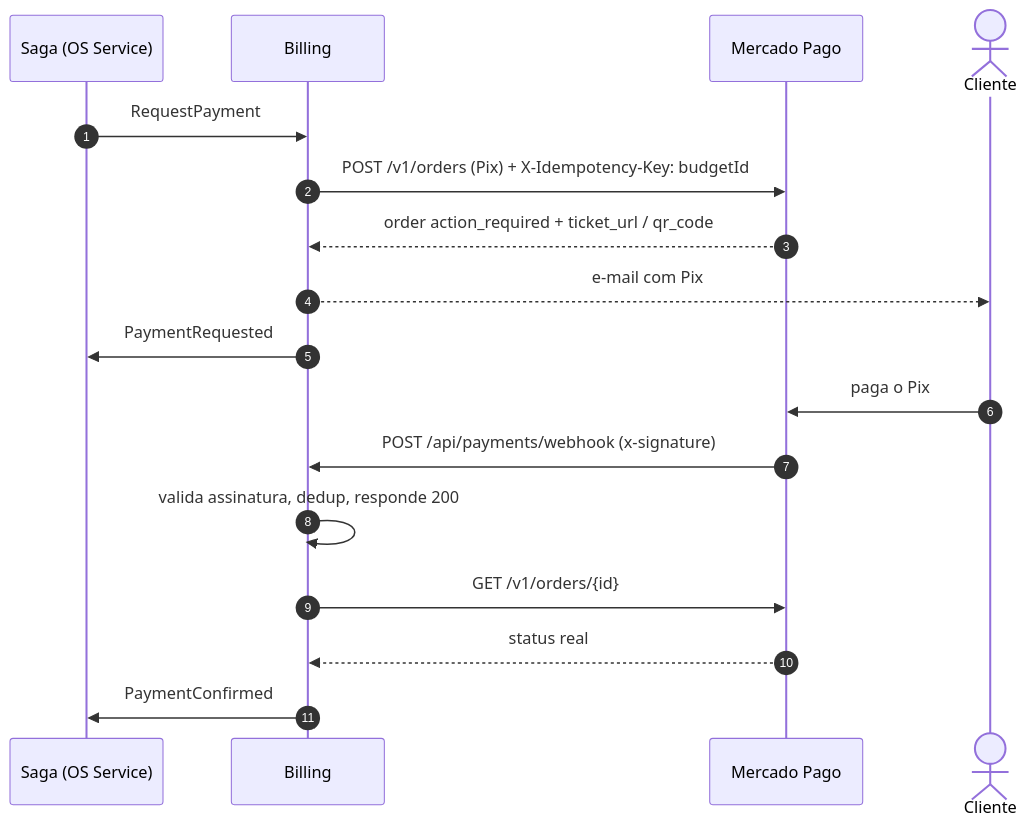
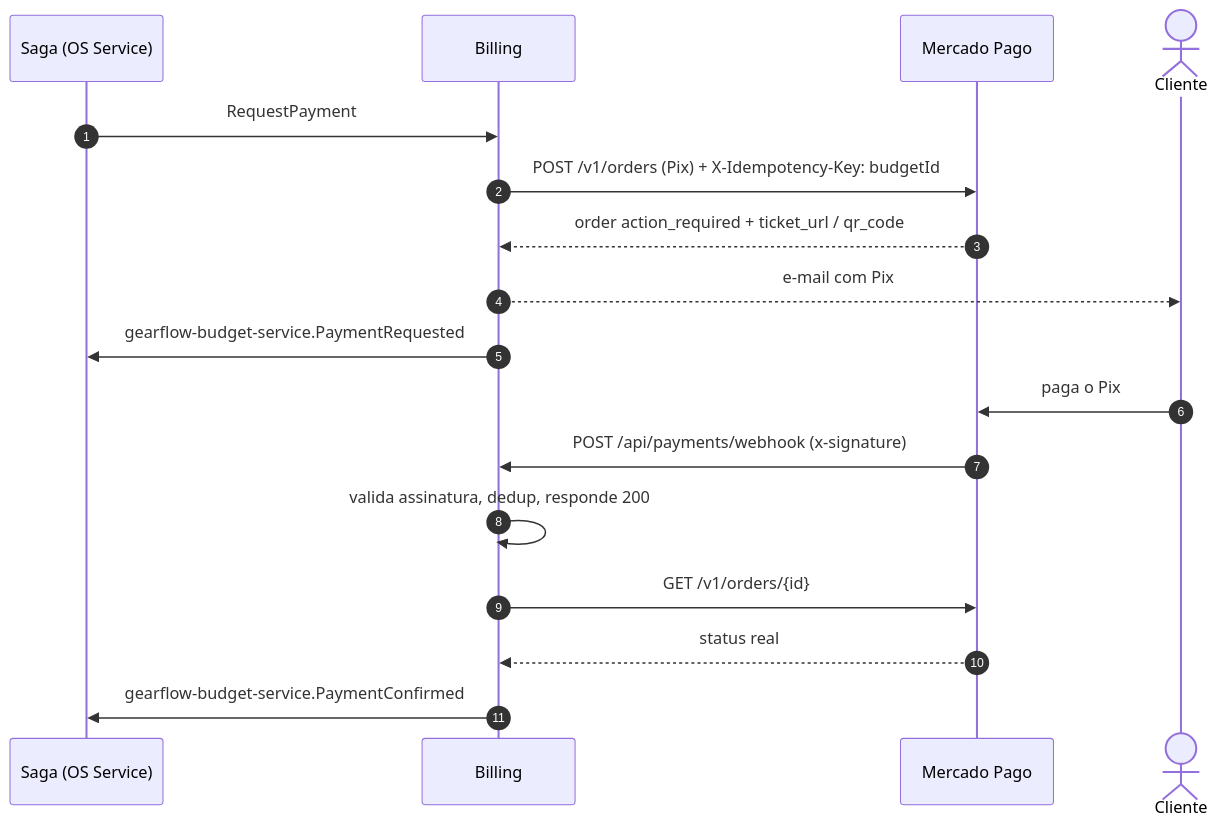
Before and after one commit to Gearflow-Fiap/gearflow-budget-service: the seventh of 8 diagrams in README.md, drawn with Mermaid. The commit also changed other lines of this file and 29 other files, not shown here.

Commit message:
docs: document billing architecture, mock flow and validation evidence

````diff
--- a/README.md
+++ b/README.md
@@ -633,20 +515,20 @@
 ```mermaid
 sequenceDiagram
     autonumber
     participant SAGA as Saga (OS Service)
     participant BI as Billing
     participant MP as Mercado Pago
     actor C as Cliente
 
     SAGA->>BI: RequestPayment
     BI->>MP: POST /v1/orders (Pix) + X-Idempotency-Key: budgetId
     MP-->>BI: order action_required + ticket_url / qr_code
     BI-->>C: e-mail com Pix
-    BI->>SAGA: PaymentRequested
+    BI->>SAGA: gearflow-budget-service.PaymentRequested
     C->>MP: paga o Pix
     MP->>BI: POST /api/payments/webhook (x-signature)
     BI->>BI: valida assinatura, dedup, responde 200
     BI->>MP: GET /v1/orders/{id}
     MP-->>BI: status real
-    BI->>SAGA: PaymentConfirmed
+    BI->>SAGA: gearflow-budget-service.PaymentConfirmed
 ```
````
